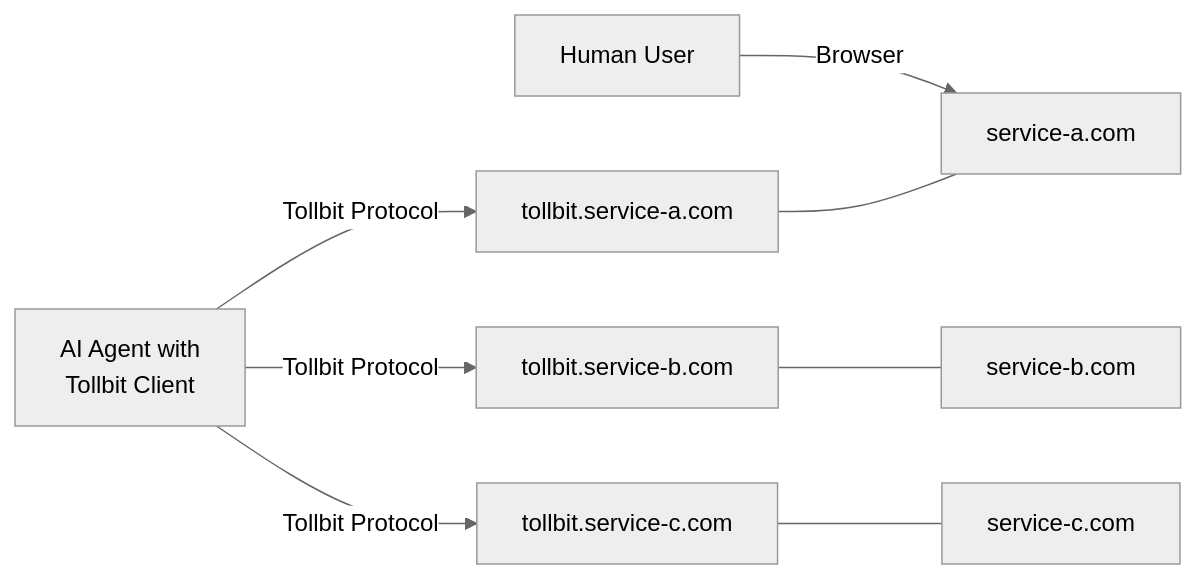
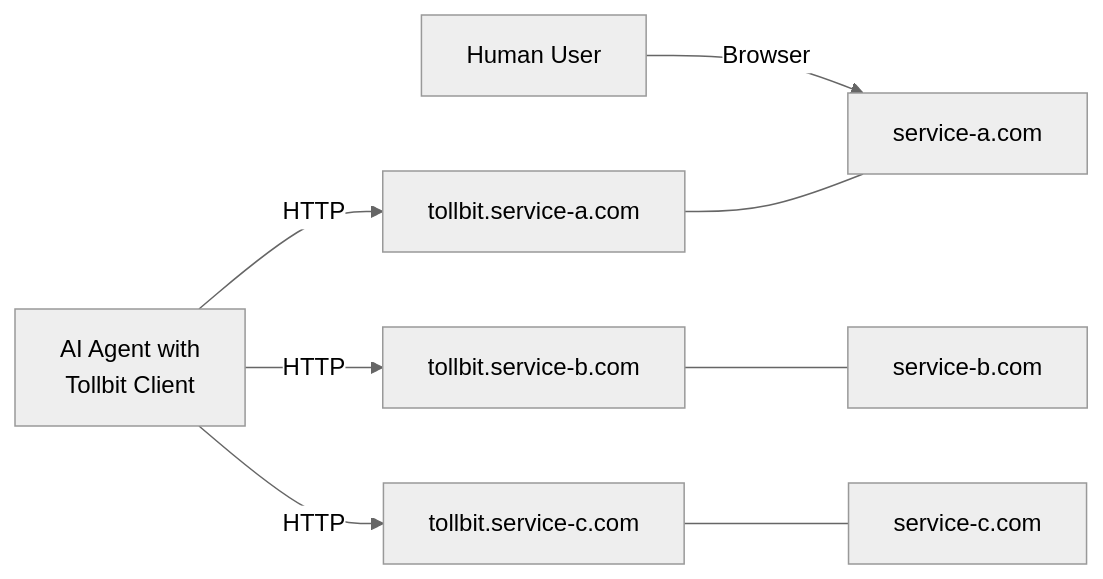
Before and after one commit to tollbit/node-sdk: the first of 2 diagrams in README.md, drawn with Mermaid (neutral theme). The commit also changed other lines of this file, not shown here.

````diff
--- a/README.md
+++ b/README.md
@@ -46,31 +46,31 @@
 ```mermaid
 flowchart LR
     %% Define the AI agent client
     A[AI Agent with<br>Tollbit Client]
 
     %% Define the Tollbit front doors
     B1[tollbit.service-a.com]
     B2[tollbit.service-b.com]
     B3[tollbit.service-c.com]
 
     %% Define the actual services
     C1[service-a.com]
     C2[service-b.com]
     C3[service-c.com]
 
     %% Define the human user (simple)
     H[Human User]
 
     %% Connect AI agent to Tollbit front doors
-    A -->|"Tollbit Protocol"| B1
-    A -->|"Tollbit Protocol"| B2
-    A -->|"Tollbit Protocol"| B3
+    A -->|"HTTP"| B1
+    A -->|"HTTP"| B2
+    A -->|"HTTP"| B3
 
     %% Connect human to just service-a
     H -->|"Browser"| C1
 
     %% Connect Tollbit front doors to actual services - no labels
     B1 --- C1
     B2 --- C2
     B3 --- C3
 ```
````
